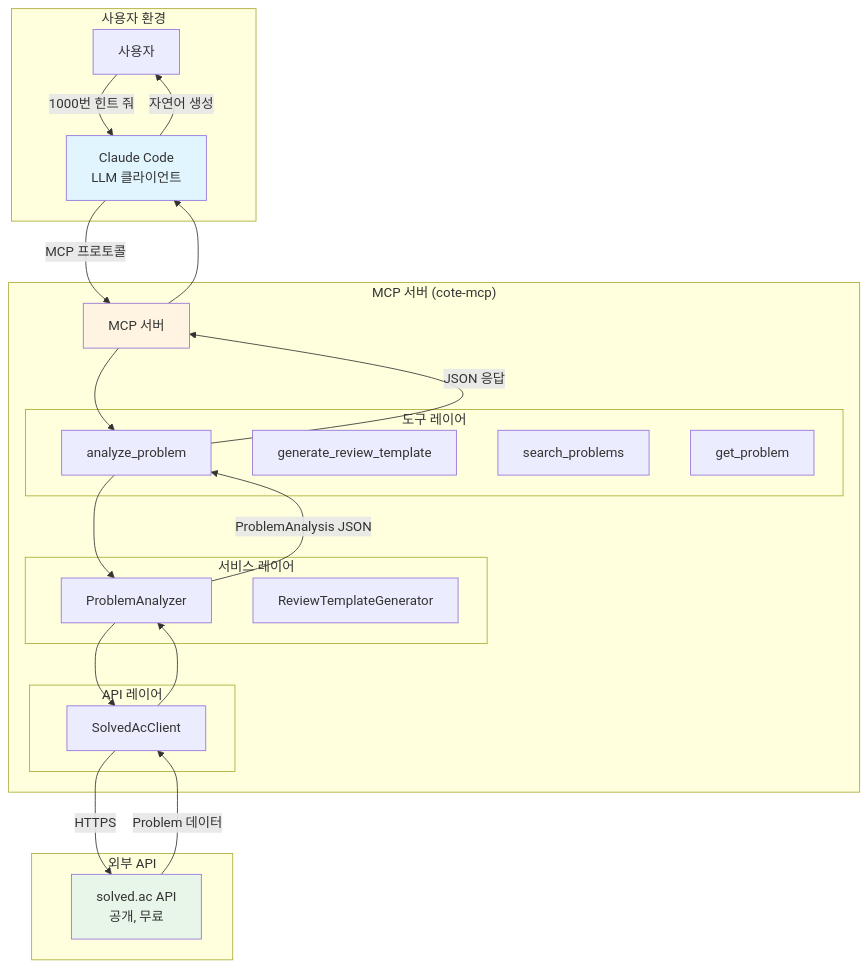
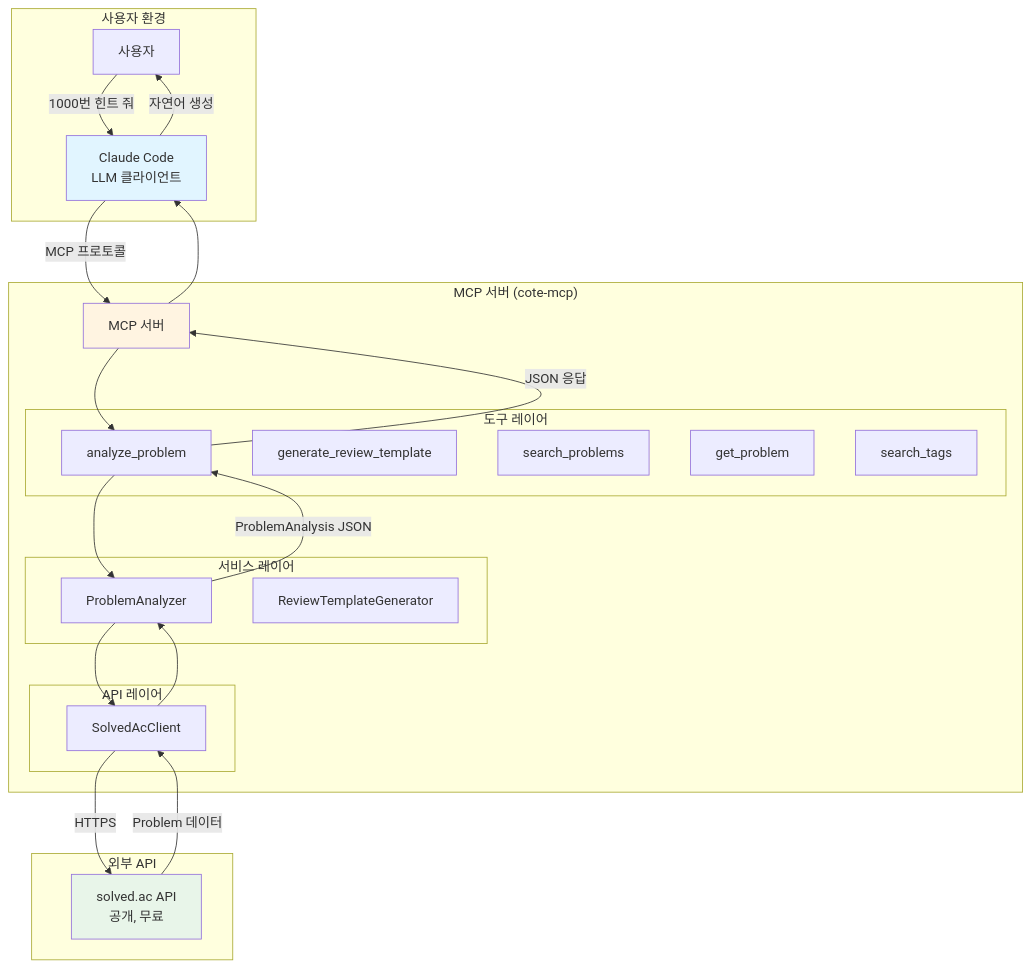
The first of 3 diagrams in docs/01-planning/keyless-architecture.md (itsme-shawn/algoKit-mcp), drawn with Mermaid before and after one commit. The commit also changed other lines of this file and 5 other files, not shown here.

````diff
--- a/docs/01-planning/keyless-architecture.md
+++ b/docs/01-planning/keyless-architecture.md
@@ -1828,48 +194,49 @@
 ```mermaid
 graph TB
     subgraph "사용자 환경"
         User[사용자]
         CC[Claude Code<br/>LLM 클라이언트]
     end
 
     subgraph "MCP 서버 (cote-mcp)"
         MCP[MCP 서버]
 
         subgraph "도구 레이어"
             T1[analyze_problem]
             T2[generate_review_template]
             T3[search_problems]
             T4[get_problem]
+            T5[search_tags]
         end
 
         subgraph "서비스 레이어"
             S1[ProblemAnalyzer]
             S2[ReviewTemplateGenerator]
         end
 
         subgraph "API 레이어"
             API[SolvedAcClient]
         end
     end
 
     subgraph "외부 API"
         SA[solved.ac API<br/>공개, 무료]
     end
 
     User -->|"1000번 힌트 줘"| CC
     CC -->|MCP 프로토콜| MCP
     MCP --> T1
     T1 --> S1
     S1 --> API
     API -->|HTTPS| SA
     SA -->|Problem 데이터| API
     API --> S1
     S1 -->|ProblemAnalysis JSON| T1
     T1 -->|JSON 응답| MCP
     MCP --> CC
     CC -->|자연어 생성| User
 
     style CC fill:#e1f5ff
     style MCP fill:#fff4e1
     style SA fill:#e8f5e9
 ```
````
